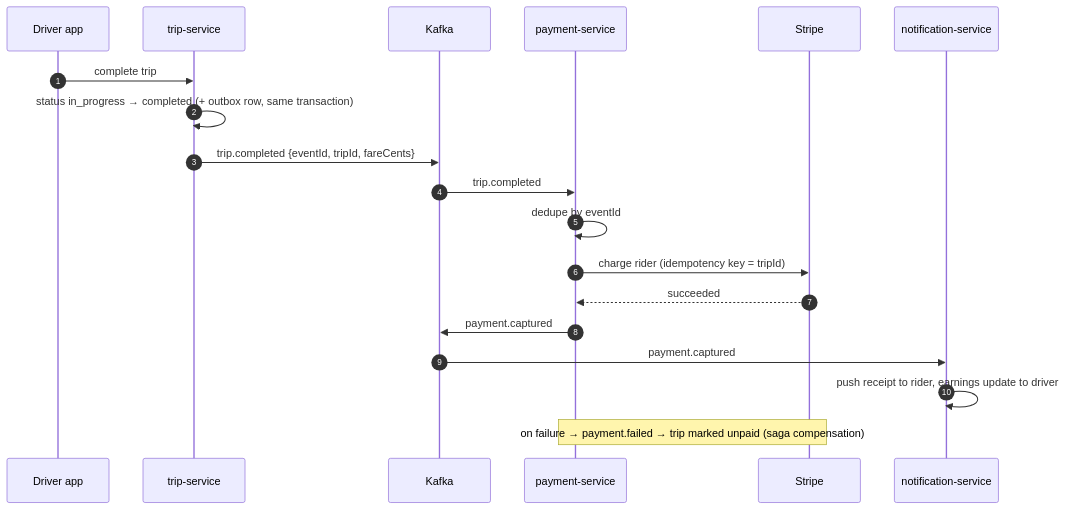
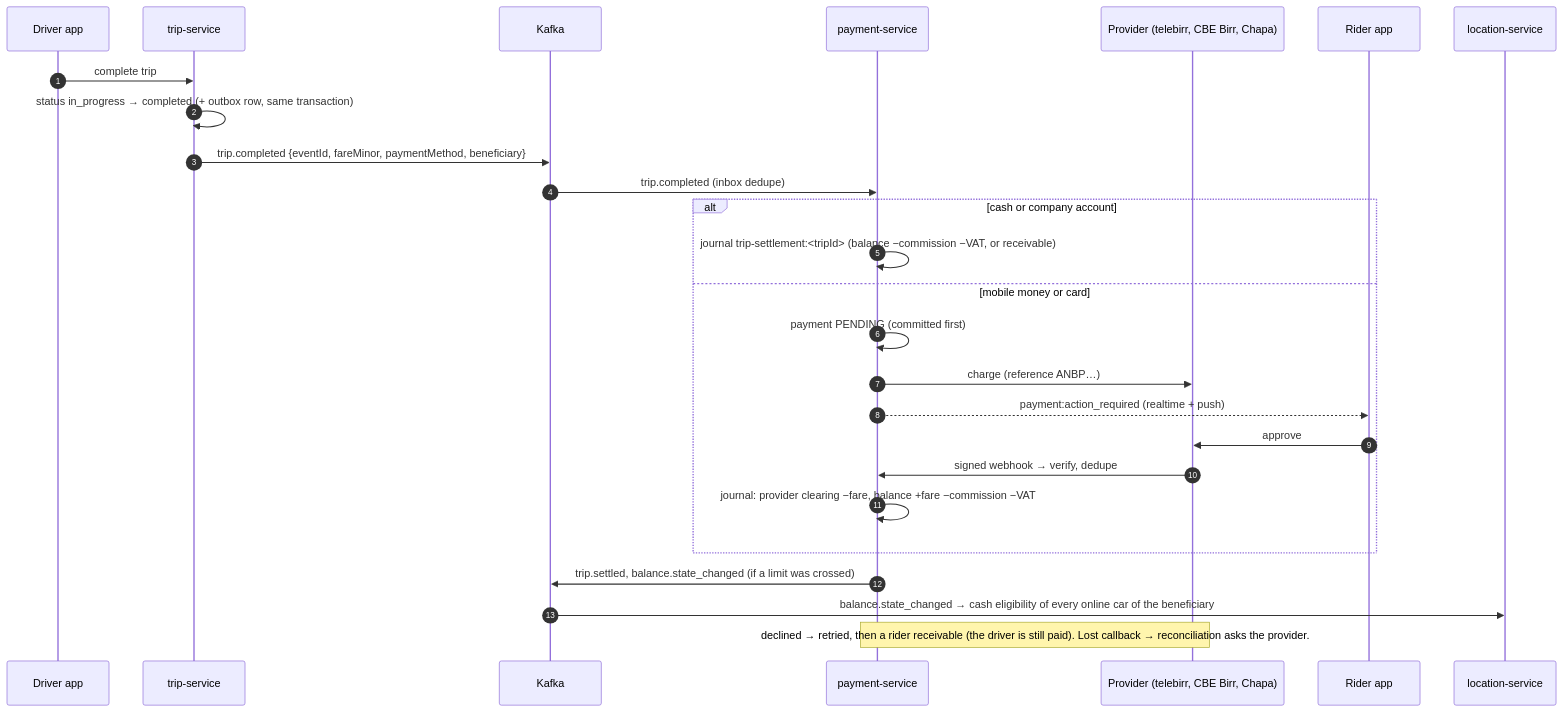
Before and after one commit to beab1212/Anbessa: the eighth of 17 diagrams in docs/architecture/overview.md, drawn with Mermaid. The commit also changed other lines of this file and 120 other files, not shown here.

````diff
--- a/docs/architecture/overview.md
+++ b/docs/architecture/overview.md
@@ -334,22 +337,29 @@
 ```mermaid
 sequenceDiagram
   autonumber
   participant D as Driver app
   participant T as trip-service
   participant K as Kafka
   participant Pay as payment-service
-  participant S as Stripe
-  participant N as notification-service
+  participant PR as Provider (telebirr, CBE Birr, Chapa)
+  participant R as Rider app
+  participant L as location-service
 
   D->>T: complete trip
   T->>T: status in_progress → completed (+ outbox row, same transaction)
-  T->>K: trip.completed {eventId, tripId, fareCents}
-  K->>Pay: trip.completed
-  Pay->>Pay: dedupe by eventId
-  Pay->>S: charge rider (idempotency key = tripId)
-  S-->>Pay: succeeded
-  Pay->>K: payment.captured
-  K->>N: payment.captured
-  N->>N: push receipt to rider, earnings update to driver
-  Note over Pay,S: on failure → payment.failed → trip marked unpaid (saga compensation)
+  T->>K: trip.completed {eventId, fareMinor, paymentMethod, beneficiary}
+  K->>Pay: trip.completed (inbox dedupe)
+  alt cash or company account
+    Pay->>Pay: journal trip-settlement:<tripId> (balance −commission −VAT, or receivable)
+  else mobile money or card
+    Pay->>Pay: payment PENDING (committed first)
+    Pay->>PR: charge (reference ANBP…)
+    Pay-->>R: payment:action_required (realtime + push)
+    R->>PR: approve
+    PR->>Pay: signed webhook → verify, dedupe
+    Pay->>Pay: journal: provider clearing −fare, balance +fare −commission −VAT
+  end
+  Pay->>K: trip.settled, balance.state_changed (if a limit was crossed)
+  K->>L: balance.state_changed → cash eligibility of every online car of the beneficiary
+  Note over Pay,PR: declined → retried, then a rider receivable (the driver is still paid). Lost callback → reconciliation asks the provider.
 ```
````
